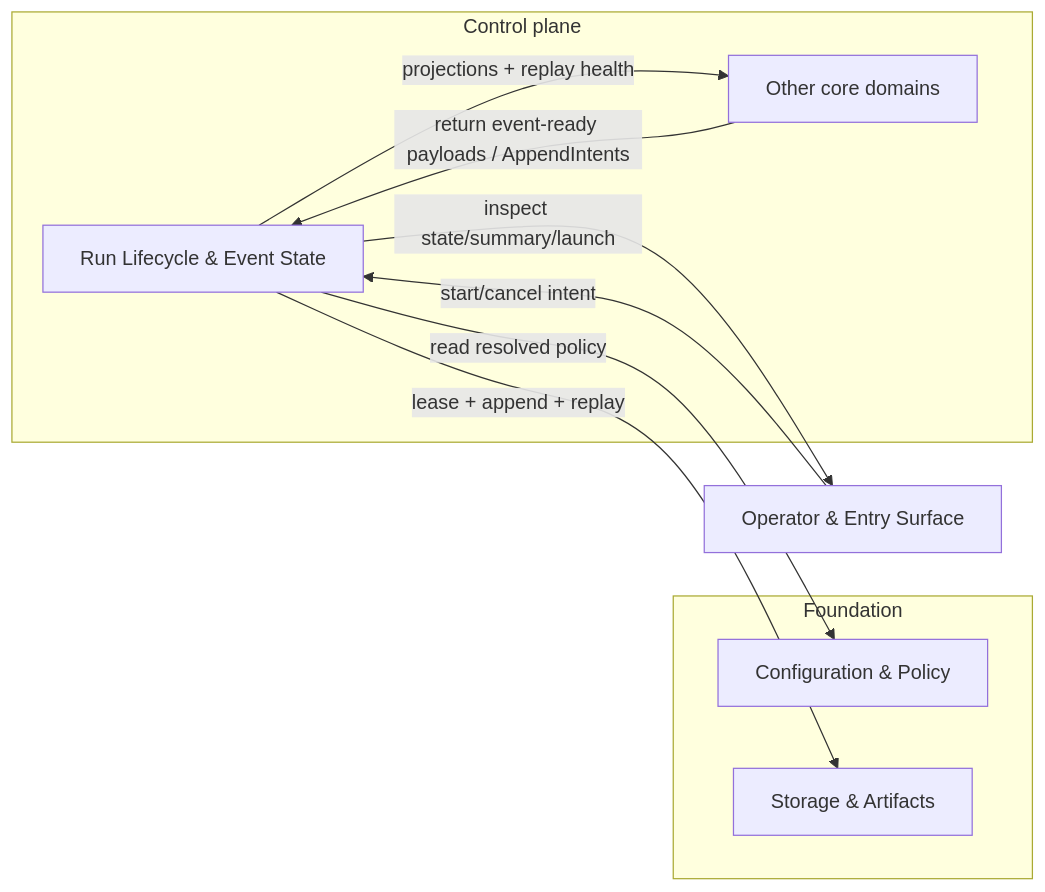
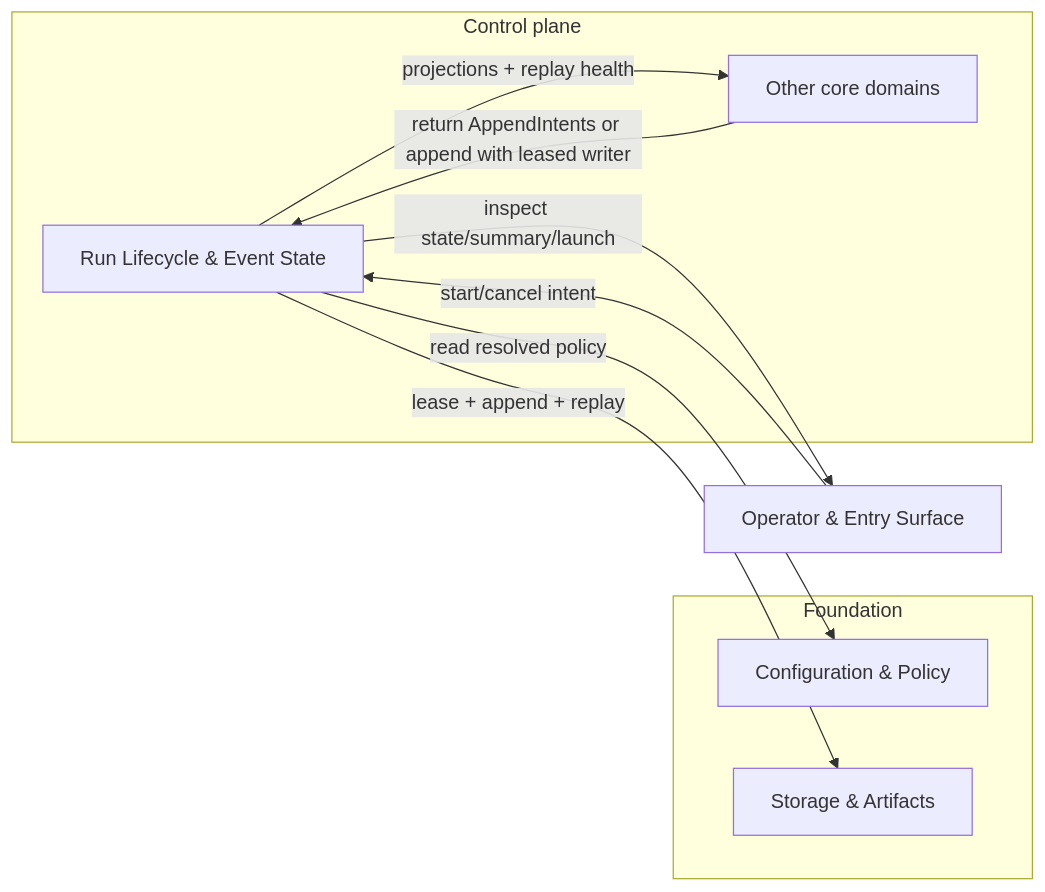
One commit to aryeko/agentic-workflow-kit changed the first of 2 diagrams in docs/design/domains/core-01-run-lifecycle-and-state/design.md. Above: the diagram before and after it, drawn with Mermaid. The commit also changed other lines of this file and 6 other files, not shown here.

````diff
--- a/docs/design/domains/core-01-run-lifecycle-and-state/design.md
+++ b/docs/design/domains/core-01-run-lifecycle-and-state/design.md
@@ -43,17 +43,17 @@
 ```mermaid
 flowchart LR
   subgraph CORE["Control plane"]
     RL["Run Lifecycle & Event State"]
     OTHER["Other core domains"]
   end
   subgraph FND["Foundation"]
     CFG["Configuration & Policy"]
     STA["Storage & Artifacts"]
   end
   OP["Operator & Entry Surface"] -->|"start/cancel intent"| RL
-  OTHER -->|"return event-ready payloads / AppendIntents"| RL
+  OTHER -->|"return AppendIntents or append with leased writer"| RL
   RL -->|"read resolved policy"| CFG
   RL -->|"lease + append + replay"| STA
   RL -->|"projections + replay health"| OTHER
   RL -->|"inspect state/summary/launch"| OP
 ```
````
